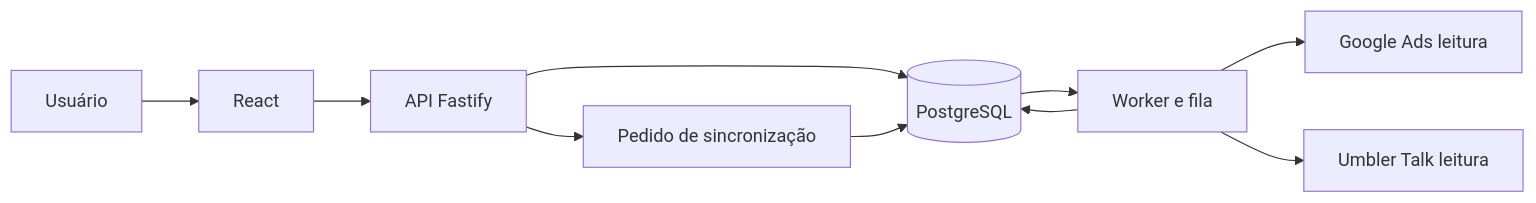
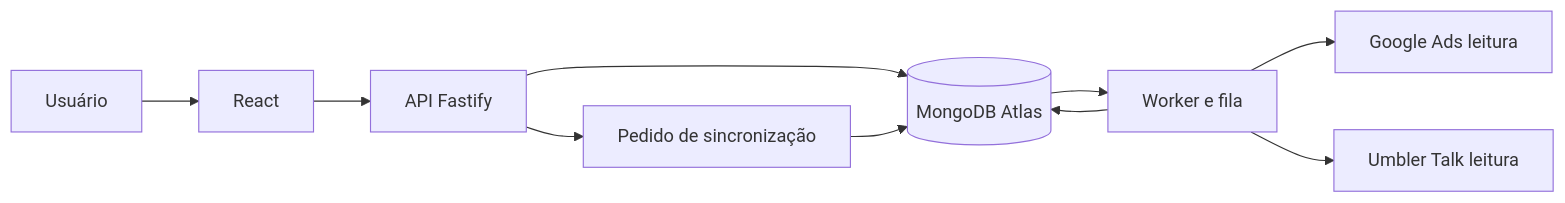
The diagram in planejamento-tecnico/README.md (pedromottanunes/jbr), drawn with Mermaid before and after one commit. The commit also changed other lines of this file and 103 other files, not shown here.

````diff
--- a/planejamento-tecnico/README.md
+++ b/planejamento-tecnico/README.md
@@ -19,12 +19,12 @@
 ```mermaid
 flowchart LR
     U[Usuário] --> UI[React]
     UI --> API[API Fastify]
-    API --> DB[(PostgreSQL)]
+    API --> DB[(MongoDB Atlas)]
     API --> O[Pedido de sincronização]
     O --> DB
     DB --> W[Worker e fila]
     W --> G[Google Ads leitura]
     W --> T[Umbler Talk leitura]
     W --> DB
 ```
````
